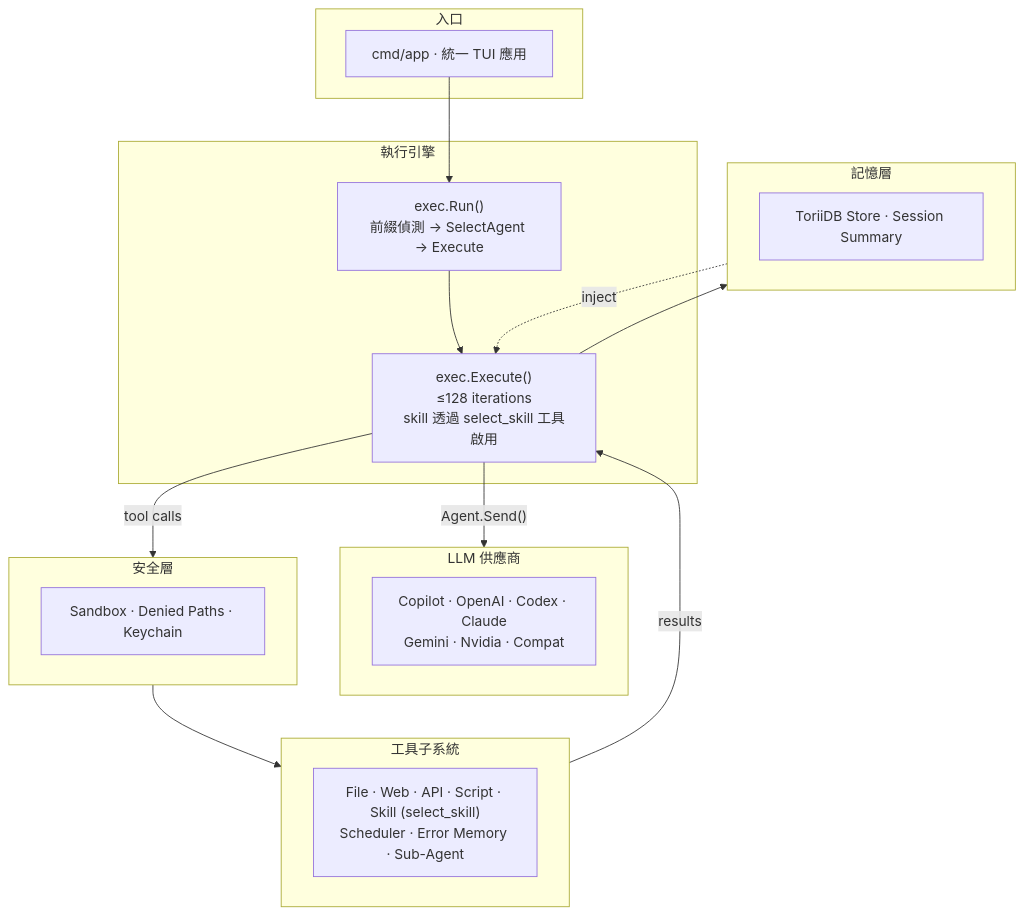
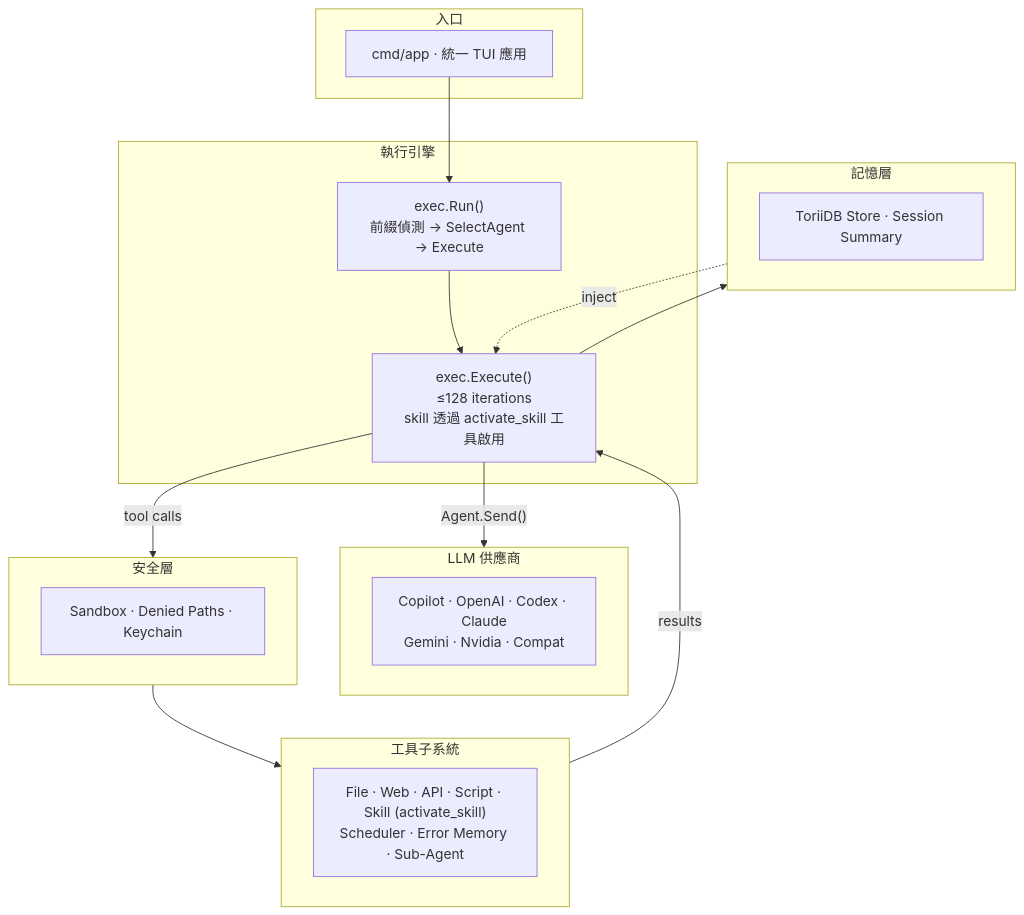
Before and after one commit to pardnchiu/Agenvoy: the diagram in doc/README.zh.md, drawn with Mermaid. The commit also changed other lines of this file and 27 other files, not shown here.

````diff
--- a/doc/README.zh.md
+++ b/doc/README.zh.md
@@ -51,36 +51,36 @@
 ```mermaid
 graph TB
     subgraph Entry ["入口"]
         App["cmd/app · 統一 TUI 應用"]
     end
 
     subgraph Engine ["執行引擎"]
         Run["exec.Run()\n前綴偵測 → SelectAgent → Execute"]
-        Execute["exec.Execute()\n≤128 iterations\nskill 透過 select_skill 工具啟用"]
+        Execute["exec.Execute()\n≤128 iterations\nskill 透過 activate_skill 工具啟用"]
     end
 
     subgraph Providers ["LLM 供應商"]
         P["Copilot · OpenAI · Codex · Claude\nGemini · Nvidia · Compat"]
     end
 
     subgraph Security ["安全層"]
         S["Sandbox · Denied Paths · Keychain"]
     end
 
     subgraph Tools ["工具子系統"]
-        T["File · Web · API · Script · Skill (select_skill)\nScheduler · Error Memory · Sub-Agent"]
+        T["File · Web · API · Script · Skill (activate_skill)\nScheduler · Error Memory · Sub-Agent"]
     end
 
     subgraph Memory ["記憶層"]
         M["ToriiDB Store · Session Summary"]
     end
 
     App --> Run
     Run --> Execute
     Execute -->|"Agent.Send()"| Providers
     Execute -->|"tool calls"| Security
     Security --> Tools
     Tools -->|"results"| Execute
     Execute --> Memory
     Memory -.->|"inject"| Execute
 ```
````
